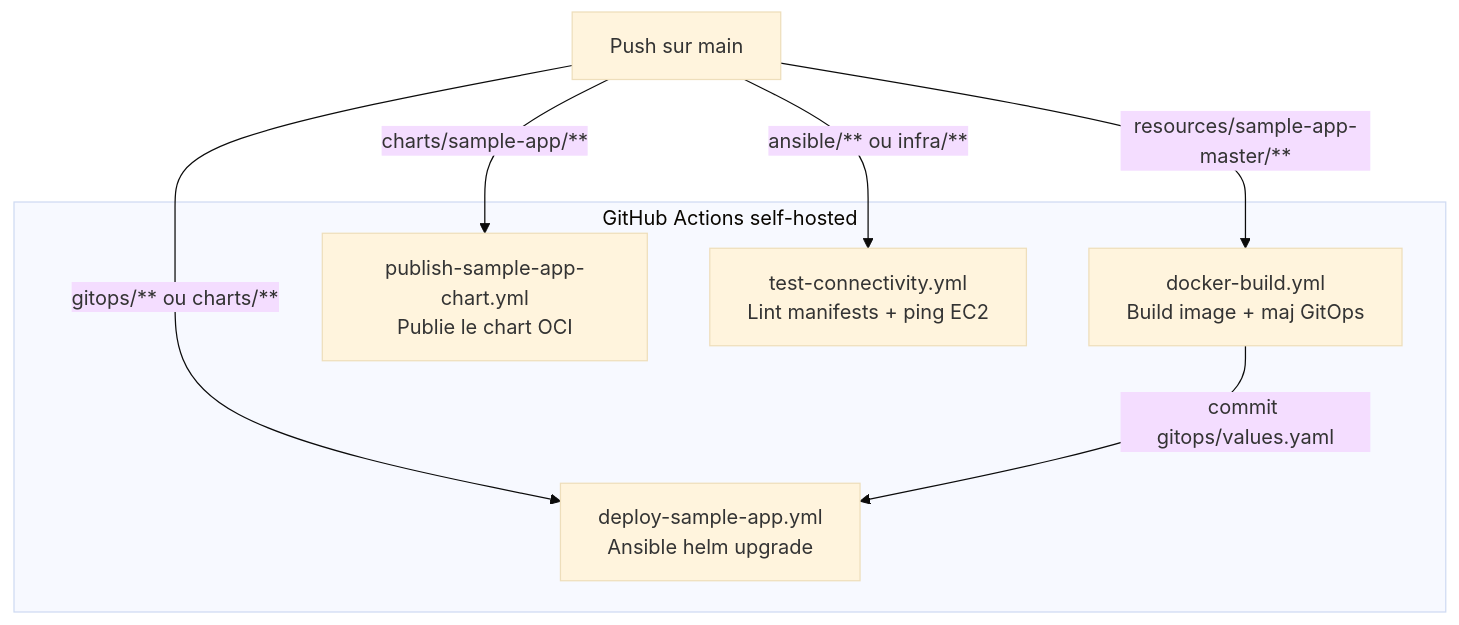
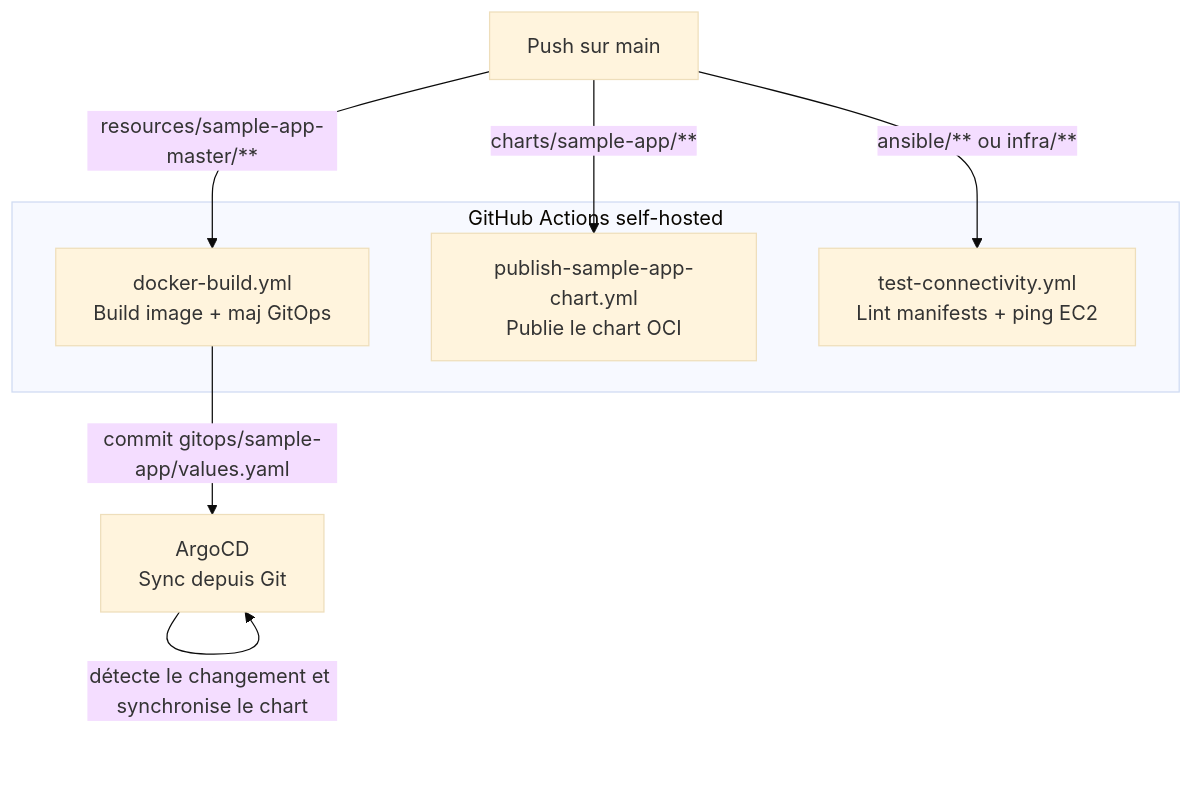
The diagram in docs/ci-cd.md (PikPakPik/T-CLO-902-NAN_1), drawn with Mermaid (base theme) before and after one commit. The commit also changed other lines of this file and 16 other files, not shown here.

````diff
--- a/docs/ci-cd.md
+++ b/docs/ci-cd.md
@@ -9,18 +9,19 @@
 ```mermaid
 flowchart TD
     push[Push sur main]
 
     subgraph wf[GitHub Actions self-hosted]
         docker[docker-build.yml\nBuild image + maj GitOps]
         chart[publish-sample-app-chart.yml\nPublie le chart OCI]
-        deploy[deploy-sample-app.yml\nAnsible helm upgrade]
         ci[test-connectivity.yml\nLint manifests + ping EC2]
     end
 
+    argocd[ArgoCD\nSync depuis Git]
+
     push -->|resources/sample-app-master/**| docker
     push -->|charts/sample-app/**| chart
-    push -->|gitops/** ou charts/**| deploy
     push -->|ansible/** ou infra/**| ci
 
-    docker -->|commit gitops/values.yaml| deploy
+    docker -->|commit gitops/sample-app/values.yaml| argocd
+    argocd -->|détecte le changement et synchronise le chart| argocd
 ```
````
